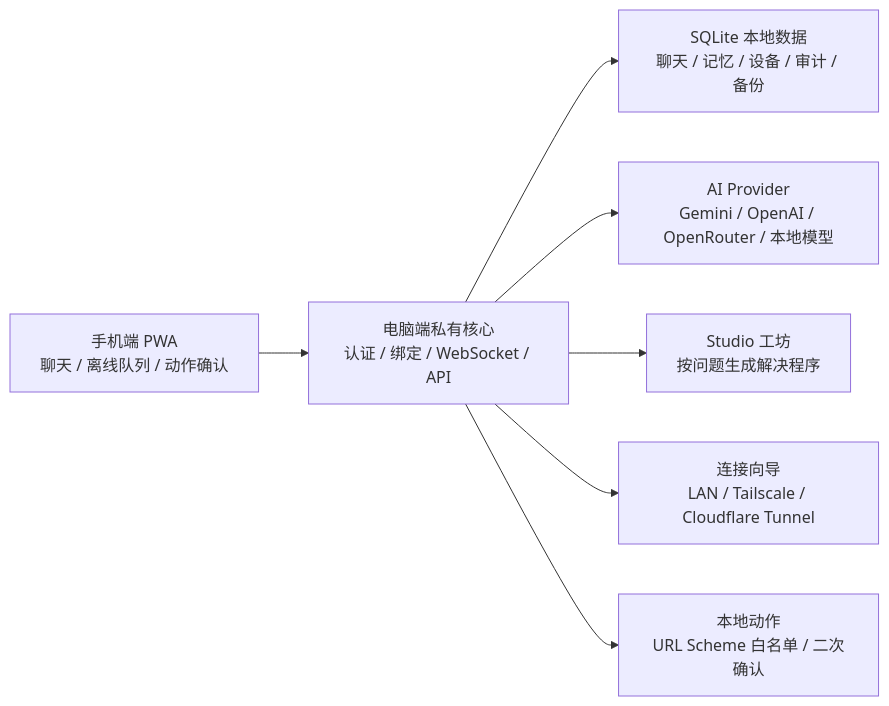
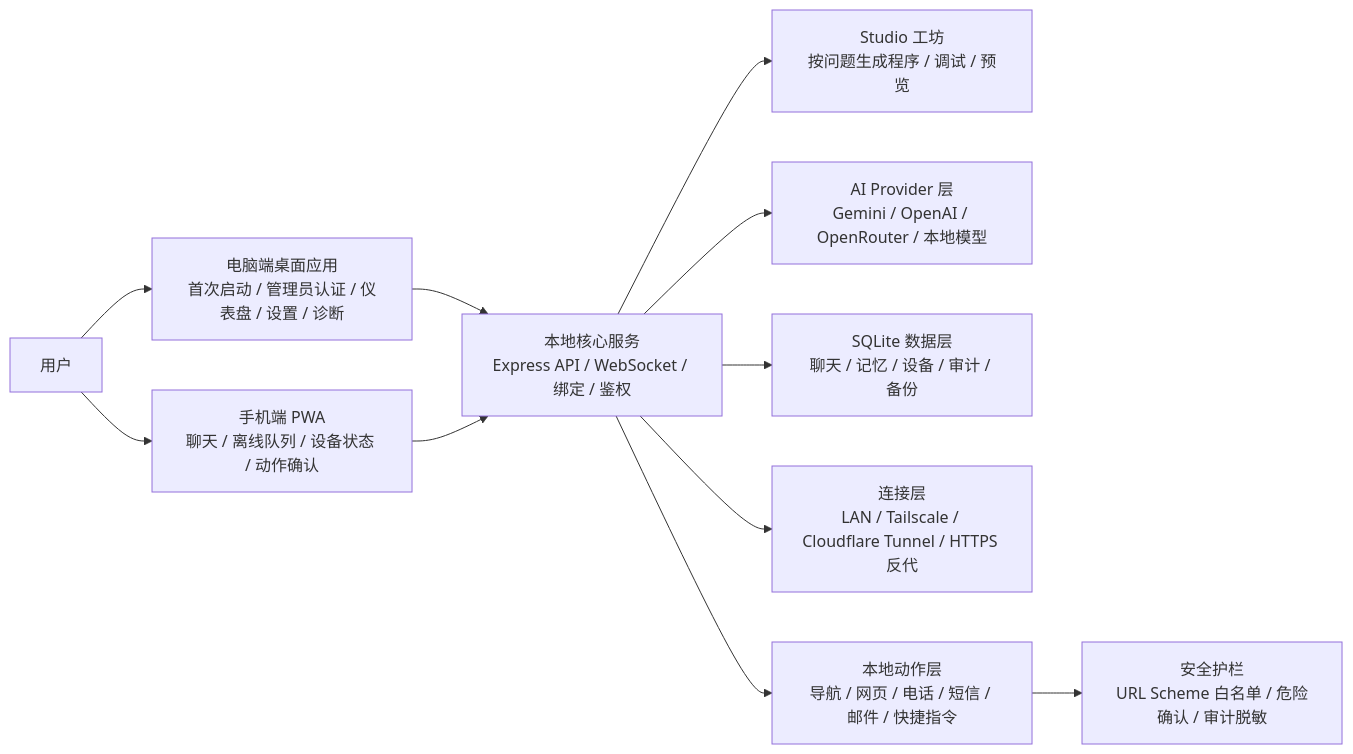
One commit to WGJ-Fry/ownorbit-ai changed the first of 4 diagrams in README.md. Above: the diagram before and after it, drawn with Mermaid. The commit also changed other lines of this file, not shown here.

````diff
--- a/README.md
+++ b/README.md
@@ -130,9 +130,13 @@
 ```mermaid
 flowchart LR
-  Phone["手机端 PWA<br/>聊天 / 离线队列 / 动作确认"] --> Core["电脑端私有核心<br/>认证 / 绑定 / WebSocket / API"]
-  Core --> Data["SQLite 本地数据<br/>聊天 / 记忆 / 设备 / 审计 / 备份"]
-  Core --> AI["AI Provider<br/>Gemini / OpenAI / OpenRouter / 本地模型"]
-  Core --> Studio["Studio 工坊<br/>按问题生成解决程序"]
-  Core --> Network["连接向导<br/>LAN / Tailscale / Cloudflare Tunnel"]
-  Core --> Actions["本地动作<br/>URL Scheme 白名单 / 二次确认"]
+  User["用户"] --> Desktop["电脑端桌面应用<br/>首次启动 / 管理员认证 / 仪表盘 / 设置 / 诊断"]
+  User --> Phone["手机端 PWA<br/>聊天 / 离线队列 / 设备状态 / 动作确认"]
+  Desktop --> Core["本地核心服务<br/>Express API / WebSocket / 绑定 / 鉴权"]
+  Phone --> Core
+  Core --> Studio["Studio 工坊<br/>按问题生成程序 / 调试 / 预览"]
+  Core --> AI["AI Provider 层<br/>Gemini / OpenAI / OpenRouter / 本地模型"]
+  Core --> Data["SQLite 数据层<br/>聊天 / 记忆 / 设备 / 审计 / 备份"]
+  Core --> Network["连接层<br/>LAN / Tailscale / Cloudflare Tunnel / HTTPS 反代"]
+  Core --> Actions["本地动作层<br/>导航 / 网页 / 电话 / 短信 / 邮件 / 快捷指令"]
+  Actions --> Guard["安全护栏<br/>URL Scheme 白名单 / 危险确认 / 审计脱敏"]
 ```
````
